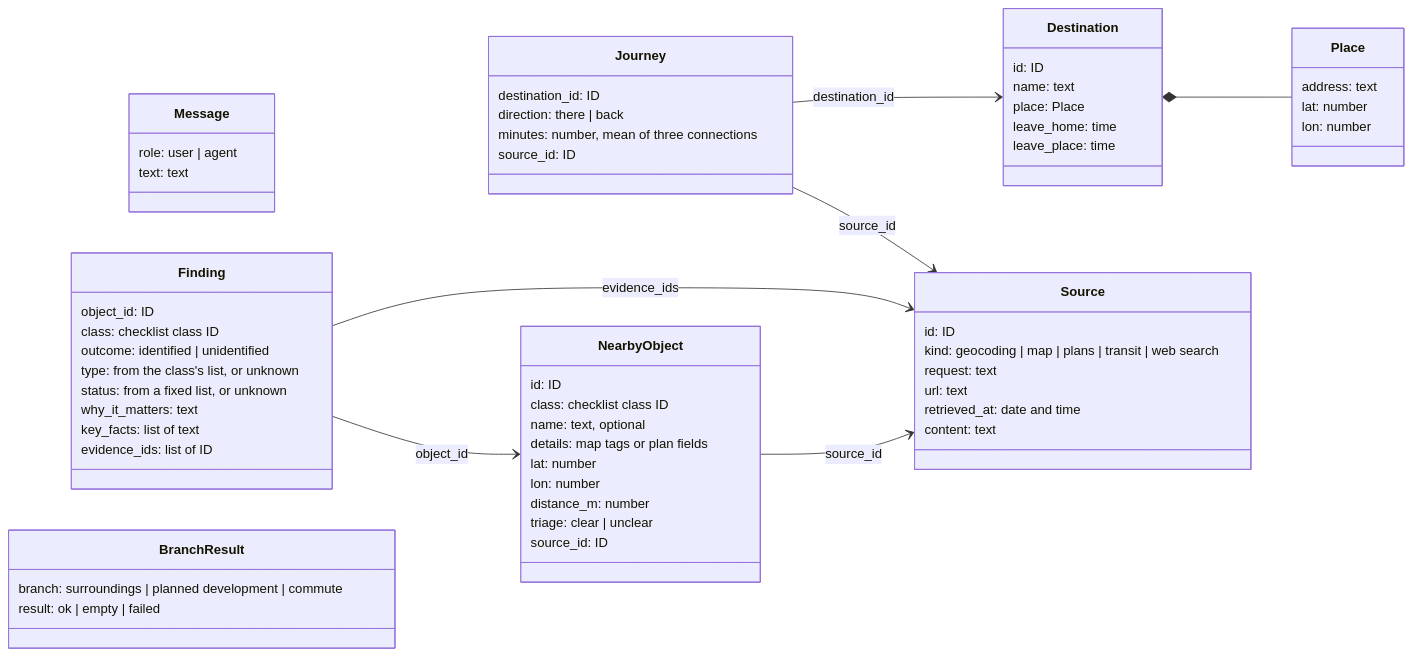
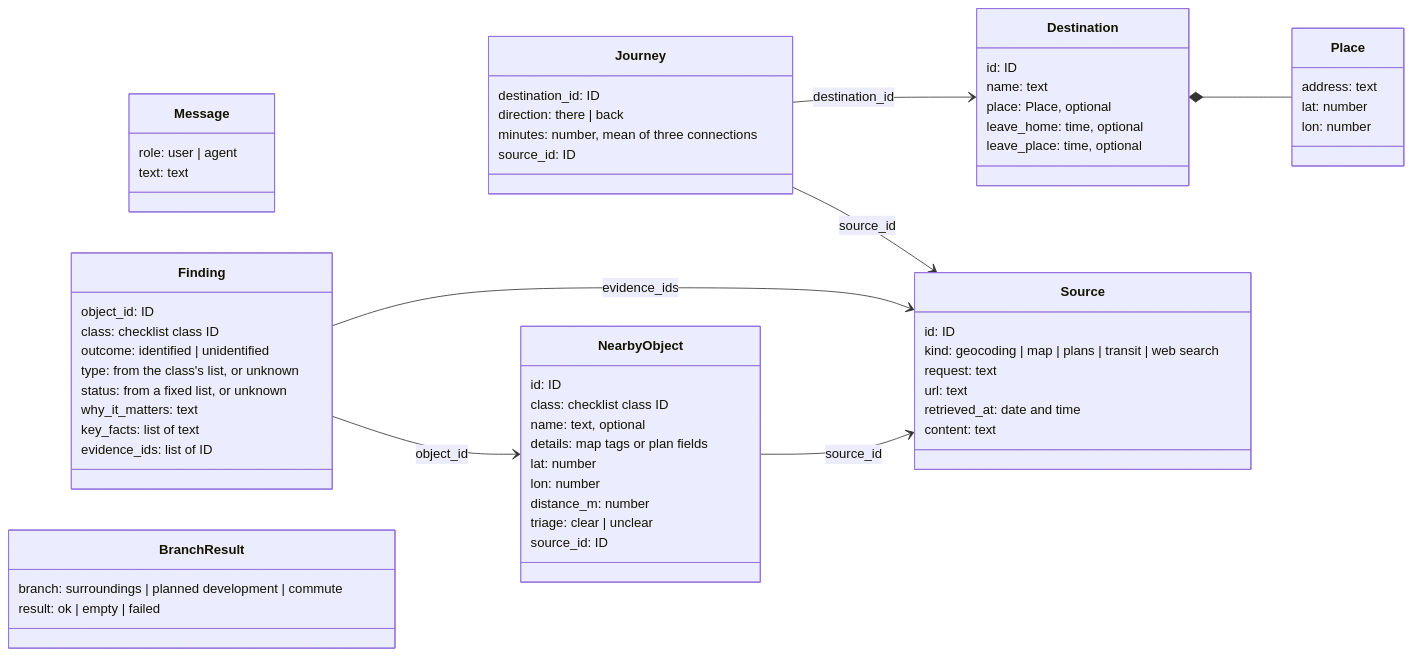
The second of 2 diagrams in docs/architecture.md (avashchenkov/out-of-frame), drawn with Mermaid before and after one commit. The commit also changed other lines of this file and 2 other files, not shown here.

````diff
--- a/docs/architecture.md
+++ b/docs/architecture.md
@@ -178,65 +186,65 @@
 ```mermaid
 classDiagram
     direction LR
     class Message {
         role: user | agent
         text: text
     }
     class Place {
         address: text
         lat: number
         lon: number
     }
     class Destination {
         id: ID
         name: text
-        place: Place
-        leave_home: time
-        leave_place: time
+        place: Place, optional
+        leave_home: time, optional
+        leave_place: time, optional
     }
     class Source {
         id: ID
         kind: geocoding | map | plans | transit | web search
         request: text
         url: text
         retrieved_at: date and time
         content: text
     }
     class NearbyObject {
         id: ID
         class: checklist class ID
         name: text, optional
         details: map tags or plan fields
         lat: number
         lon: number
         distance_m: number
         triage: clear | unclear
         source_id: ID
     }
     class Finding {
         object_id: ID
         class: checklist class ID
         outcome: identified | unidentified
         type: from the class's list, or unknown
         status: from a fixed list, or unknown
         why_it_matters: text
         key_facts: list of text
         evidence_ids: list of ID
     }
     class Journey {
         destination_id: ID
         direction: there | back
         minutes: number, mean of three connections
         source_id: ID
     }
     class BranchResult {
         branch: surroundings | planned development | commute
         result: ok | empty | failed
     }
     Destination *-- Place
     NearbyObject --> Source : source_id
     Finding --> NearbyObject : object_id
     Finding --> Source : evidence_ids
     Journey --> Destination : destination_id
     Journey --> Source : source_id
 ```
````
